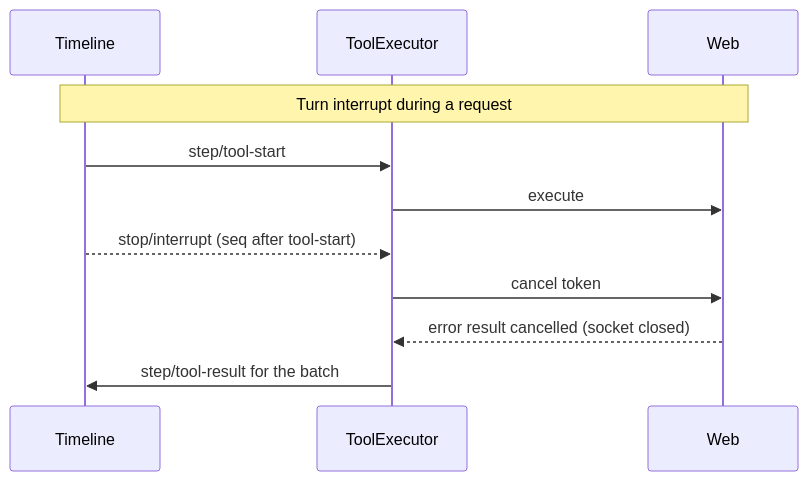
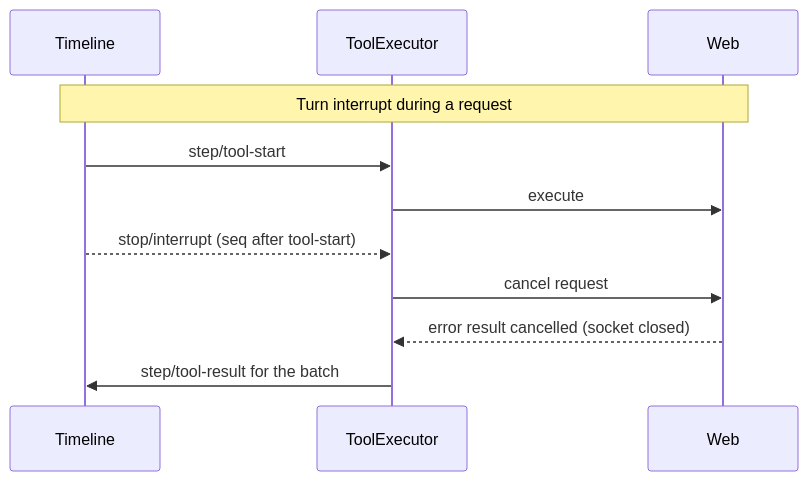
The fifth of 5 diagrams in docs/design/plugins/Web.md (CoutinhoTTS/dim-agent), drawn with Mermaid before and after one commit. The commit also changed other lines of this file and 3 other files, not shown here.

````diff
--- a/docs/design/plugins/Web.md
+++ b/docs/design/plugins/Web.md
@@ -111,13 +111,13 @@
 ```mermaid
 sequenceDiagram
   participant TL as Timeline
   participant X as ToolExecutor
   participant W as Web
   Note over TL,W: Turn interrupt during a request
   TL->>X: step/tool-start
   X->>W: execute
   TL-->>X: stop/interrupt (seq after tool-start)
-  X->>W: cancel token
+  X->>W: cancel request
   W-->>X: error result cancelled (socket closed)
   X->>TL: step/tool-result for the batch
 ```
````
